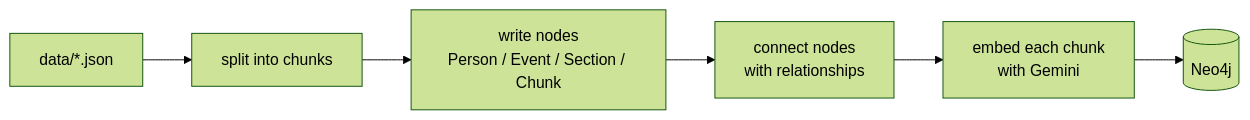
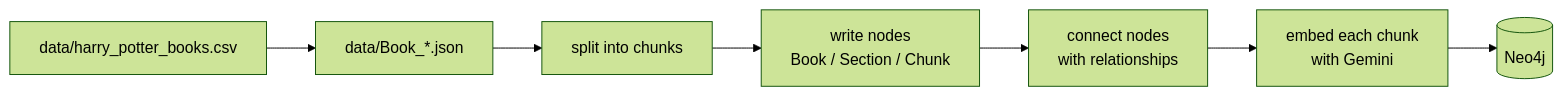
The first of 3 diagrams in docs/Flow.md (AbdullahYousaf-13/Hybrid-Vector-Graph-Rag), drawn with Mermaid (forest theme) before and after one commit. The commit also changed other lines of this file and 19 other files, not shown here.

First line of the commit message:
Swap corpus from Napoleon/Talleyrand/Waterloo to Harry Potter books

````diff
--- a/docs/Flow.md
+++ b/docs/Flow.md
@@ -9,8 +9,9 @@
 ```mermaid
 flowchart LR
-    A[data/*.json] --> B[split into chunks]
-    B --> C[write nodes<br/>Person / Event / Section / Chunk]
+    Z[data/harry_potter_books.csv] --> A[data/Book_*.json]
+    A --> B[split into chunks]
+    B --> C[write nodes<br/>Book / Section / Chunk]
     C --> D[connect nodes<br/>with relationships]
     D --> E[embed each chunk<br/>with Gemini]
     E --> F[(Neo4j)]
 ```
````
